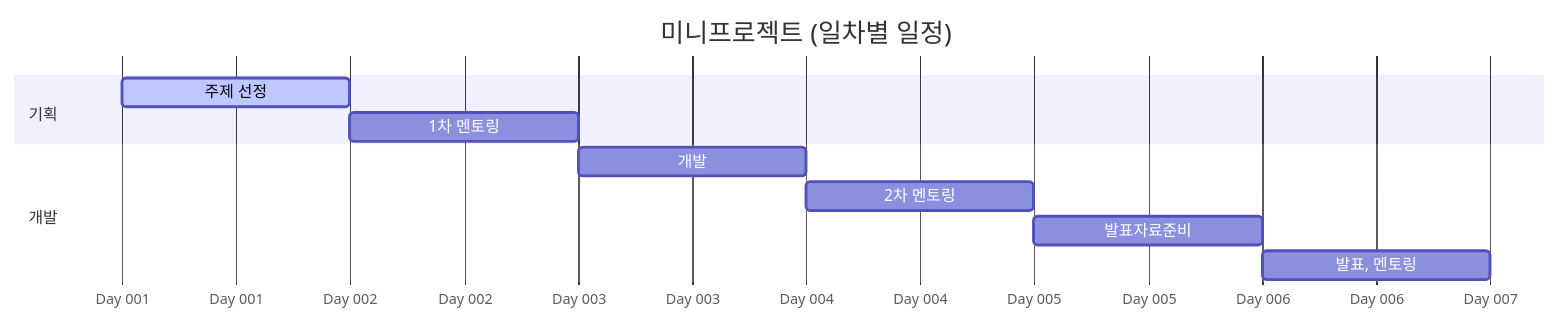
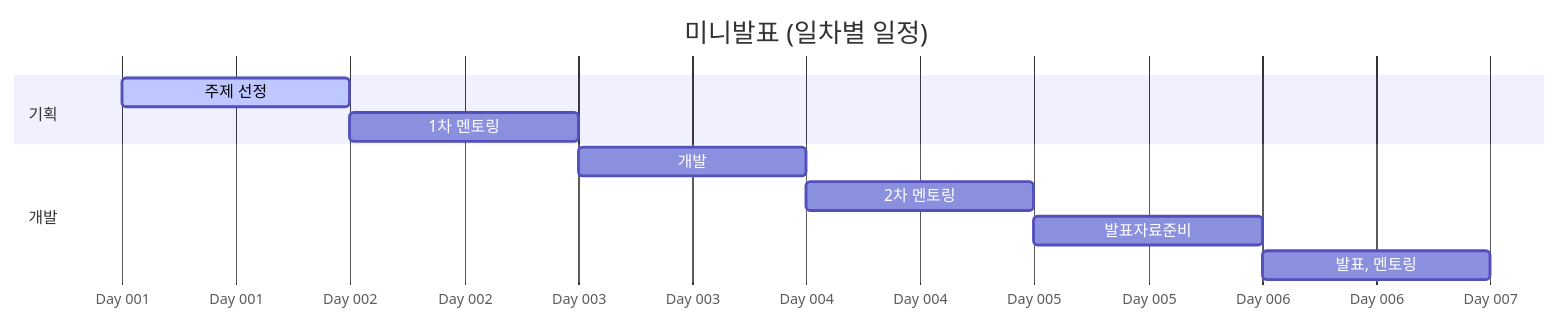
One commit to SAJOYO/.github changed the first of 4 diagrams in profile/README.md. Above: the diagram before and after it, drawn with Mermaid.

Commit message:
Update Gantt chart title in README

````diff
--- a/profile/README.md
+++ b/profile/README.md
@@ -3,20 +3,20 @@
 ```mermaid
 gantt
-    title 미니프로젝트 (일차별 일정)
+    title 미니발표 (일차별 일정)
     dateFormat  YYYY-MM-DD
     
     %% 축을 일수(Day 01, Day 05...) 형태로 표시하고 5일 단위로 눈금을 끕니다
     axisFormat Day %j
     tickInterval 5d
 
     section 기획
     주제 선정                : active, a1, 2026-01-01, 1d
     1차 멘토링               : a2, after a1, 1d
 
     section 개발
     개발                    : b1, after a2, 1d
     2차 멘토링               : b2, after b1, 1d
     발표자료준비              : b3, after b2, 1d
     발표, 멘토링             : b4, after b3, 1d
 
 ```
````
